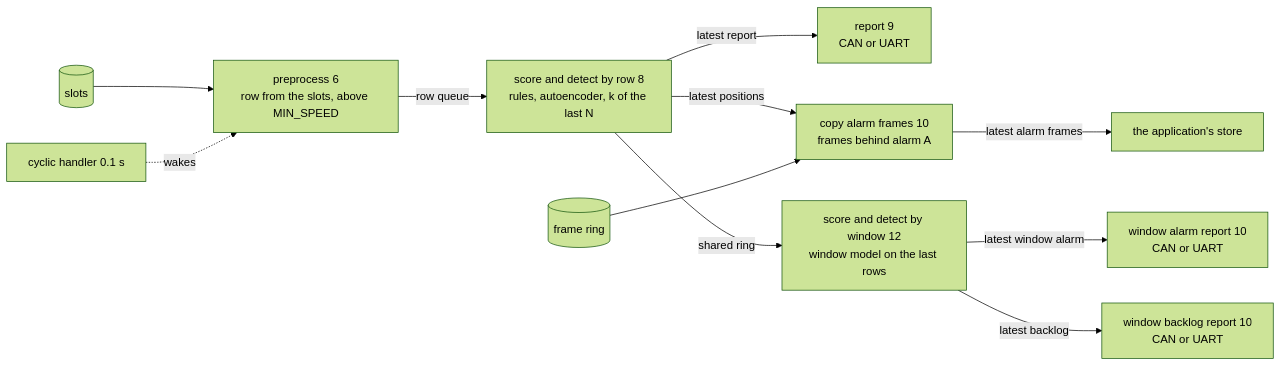
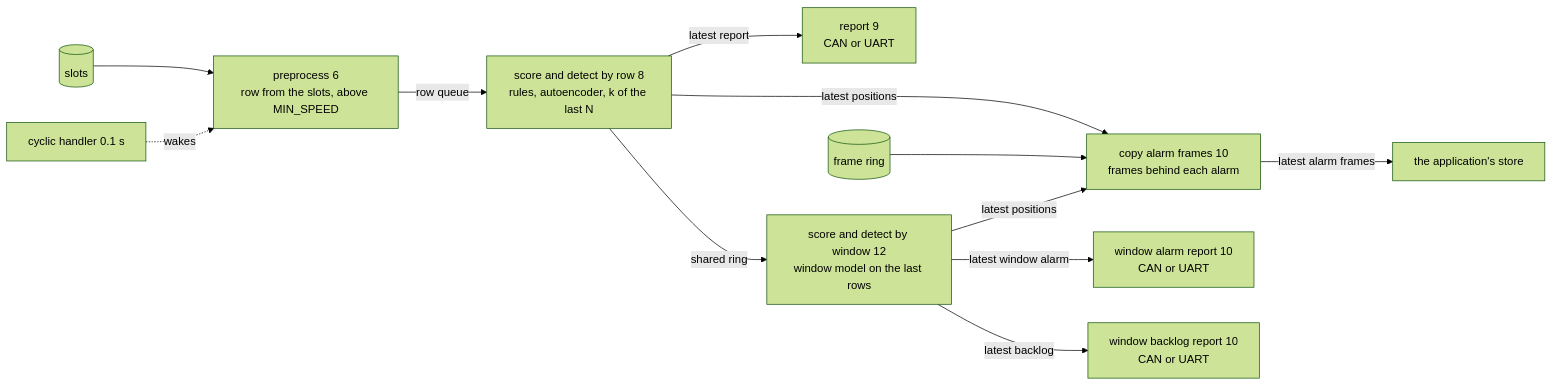
The diagram in board/lib/ai_can_anomaly_detection_tasks/README.md (asana17/ai_can_anomaly_detection), drawn with Mermaid (forest theme) before and after one commit. The commit also changed other lines of this file and 6 other files, not shown here.

Commit message:
feat(board): store the frames behind the window alarm too

````diff
--- a/board/lib/ai_can_anomaly_detection_tasks/README.md
+++ b/board/lib/ai_can_anomaly_detection_tasks/README.md
@@ -14,13 +14,14 @@
 ```mermaid
 flowchart LR
     slots[(slots)] --> pre["preprocess 6<br/>row from the slots, above MIN_SPEED"]
     tick[cyclic handler 0.1 s] -. wakes .-> pre
     pre -- row queue --> sd["score and detect by row 8<br/>rules, autoencoder, k of the last N"]
     sd -- latest report --> report["report 9<br/>CAN or UART"]
-    sd -- latest positions --> copy["copy alarm frames 10<br/>frames behind alarm A"]
+    sd -- latest positions --> copy["copy alarm frames 10<br/>frames behind each alarm"]
     frames[(frame ring)] --> copy
     copy -- latest alarm frames --> store["the application's store"]
     sd -- shared ring --> win["score and detect by window 12<br/>window model on the last rows"]
+    win -- latest positions --> copy
     win -- latest window alarm --> window_report["window alarm report 10<br/>CAN or UART"]
     win -- latest backlog --> backlog_report["window backlog report 10<br/>CAN or UART"]
 ```
````
